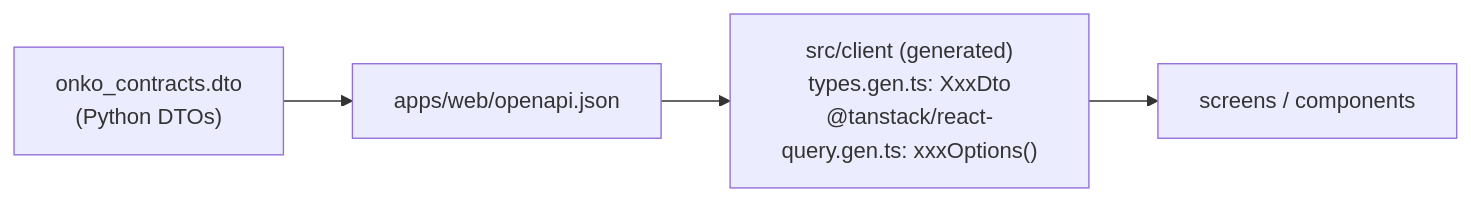
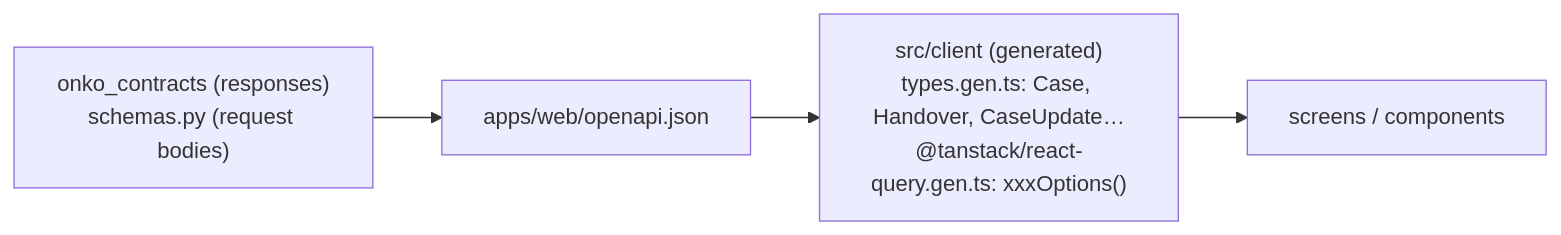
Before and after one commit to darkmackov/AI-Rackathon2026-Nessio: the diagram in docs/conventions/web.md, drawn with Mermaid. The commit also changed other lines of this file and 28 other files, not shown here.

````diff
--- a/docs/conventions/web.md
+++ b/docs/conventions/web.md
@@ -9,5 +9,5 @@
 ```mermaid
 flowchart LR
-  dto["onko_contracts.dto<br/>(Python DTOs)"] --> spec["apps/web/openapi.json"] --> gen["src/client (generated)<br/>types.gen.ts: XxxDto<br/>@tanstack/react-query.gen.ts: xxxOptions()"]
+  models["onko_contracts (responses)<br/>schemas.py (request bodies)"] --> spec["apps/web/openapi.json"] --> gen["src/client (generated)<br/>types.gen.ts: Case, Handover, CaseUpdate…<br/>@tanstack/react-query.gen.ts: xxxOptions()"]
   gen --> screens["screens / components"]
 ```
````
